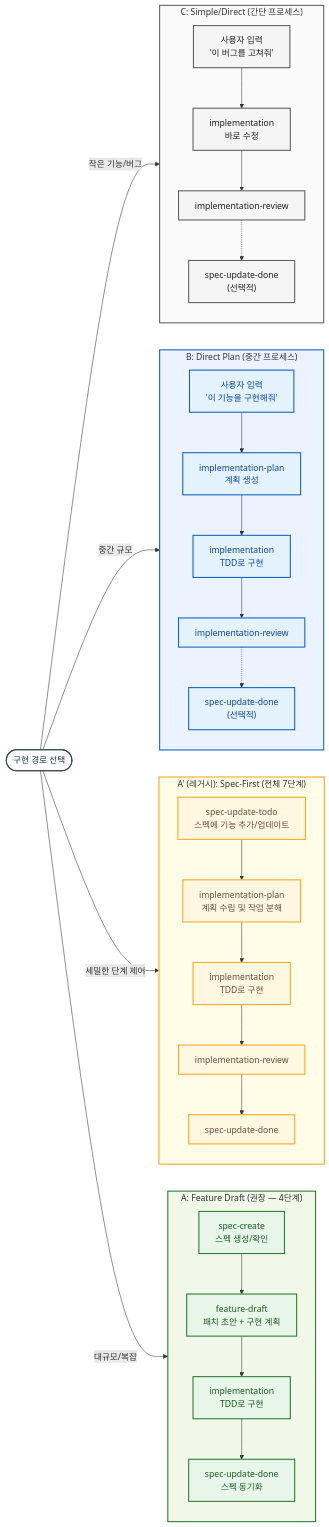
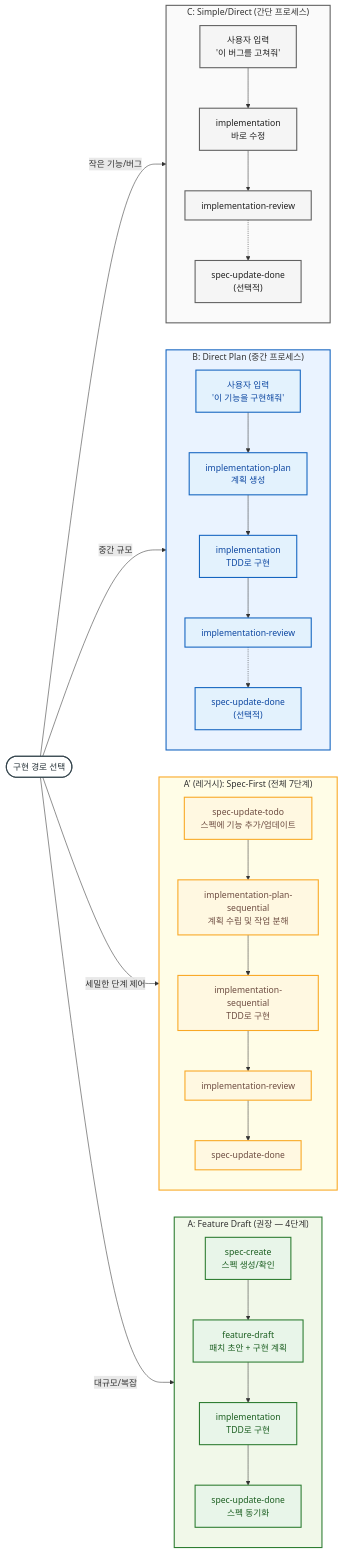
Before and after one commit to malfo-y/sdd-skills: the third of 6 diagrams in SDD_WORKFLOW.md, drawn with Mermaid. The commit also changed other lines of this file and 93 other files, not shown here.

````diff
--- a/SDD_WORKFLOW.md
+++ b/SDD_WORKFLOW.md
@@ -196,64 +199,64 @@
 ```mermaid
 flowchart LR
     Start(["구현 경로 선택"]):::start
 
     %% 경로 A (권장)
     subgraph A["A: Feature Draft (권장 — 4단계)"]
         direction TB
         A1["spec-create<br/>스펙 생성/확인"]:::rec
         A2["feature-draft<br/>패치 초안 + 구현 계획"]:::rec
         A3["implementation<br/>TDD로 구현"]:::rec
         A4["spec-update-done<br/>스펙 동기화"]:::rec
         A1 --> A2 --> A3 --> A4
     end
 
     %% 경로 A' (레거시)
     subgraph Aprime["A' (레거시): Spec-First (전체 7단계)"]
         direction TB
         A1p["spec-update-todo<br/>스펙에 기능 추가/업데이트"]:::legacy
-        A2p["implementation-plan<br/>계획 수립 및 작업 분해"]:::legacy
-        A3p["implementation<br/>TDD로 구현"]:::legacy
+        A2p["implementation-plan-sequential<br/>계획 수립 및 작업 분해"]:::legacy
+        A3p["implementation-sequential<br/>TDD로 구현"]:::legacy
         A4p["implementation-review"]:::legacy
         A5p["spec-update-done"]:::legacy
         A1p --> A2p --> A3p --> A4p --> A5p
     end
 
     %% 경로 B (중간)
     subgraph B["B: Direct Plan (중간 프로세스)"]
         direction TB
         B0["사용자 입력<br/>'이 기능을 구현해줘'"]:::normal
         B1["implementation-plan<br/>계획 생성"]:::normal
         B2["implementation<br/>TDD로 구현"]:::normal
         B3["implementation-review"]:::normal
         B4["spec-update-done<br/>(선택적)"]:::normal
         B0 --> B1 --> B2 --> B3 -.-> B4
     end
 
     %% 경로 C (간단)
     subgraph C["C: Simple/Direct (간단 프로세스)"]
         direction TB
         C0["사용자 입력<br/>'이 버그를 고쳐줘'"]:::simple
         C1["implementation<br/>바로 수정"]:::simple
         C2["implementation-review"]:::simple
         C3["spec-update-done<br/>(선택적)"]:::simple
         C0 --> C1 --> C2 -.-> C3
     end
 
     %% 선택 가이드 (Start에서 각 경로로)
     Start -->|"대규모/복잡"| A1
     Start -->|"세밀한 단계 제어"| A1p
     Start -->|"중간 규모"| B0
     Start -->|"작은 기능/버그"| C0
 
     %% 스타일
     classDef start fill:#FFFFFF,stroke:#37474F,stroke-width:2px,color:#263238;
     classDef rec fill:#E8F5E9,stroke:#2E7D32,stroke-width:2px,color:#1B5E20;
     classDef legacy fill:#FFF8E1,stroke:#F9A825,stroke-width:2px,color:#6D4C41;
     classDef normal fill:#E3F2FD,stroke:#1565C0,stroke-width:2px,color:#0D47A1;
     classDef simple fill:#F5F5F5,stroke:#616161,stroke-width:2px,color:#212121;
 
     style A stroke:#2E7D32,stroke-width:2px,fill:#F1F8E9
     style Aprime stroke:#F9A825,stroke-width:2px,fill:#FFFDE7
     style B stroke:#1565C0,stroke-width:2px,fill:#EAF3FF
     style C stroke:#616161,stroke-width:2px,fill:#FAFAFA
 ```
````
